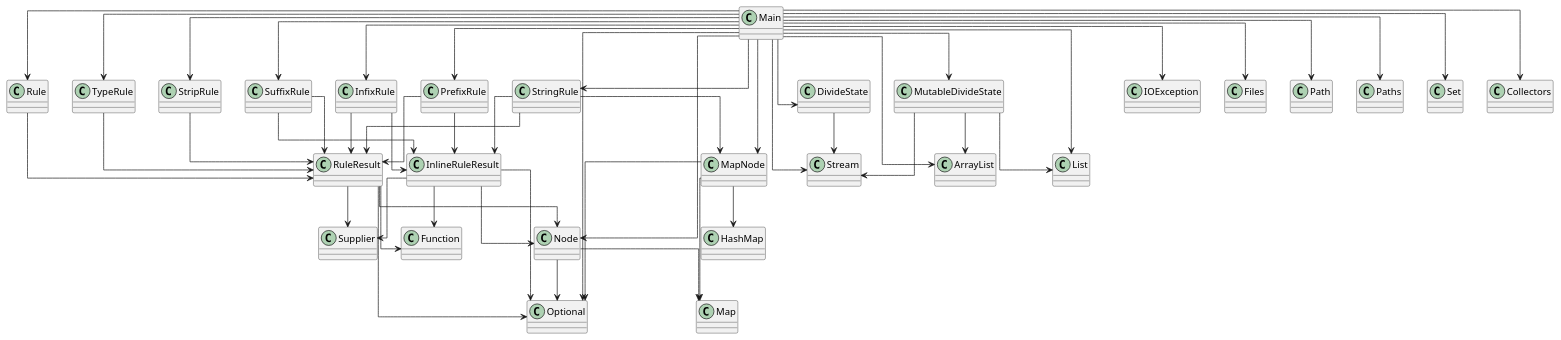
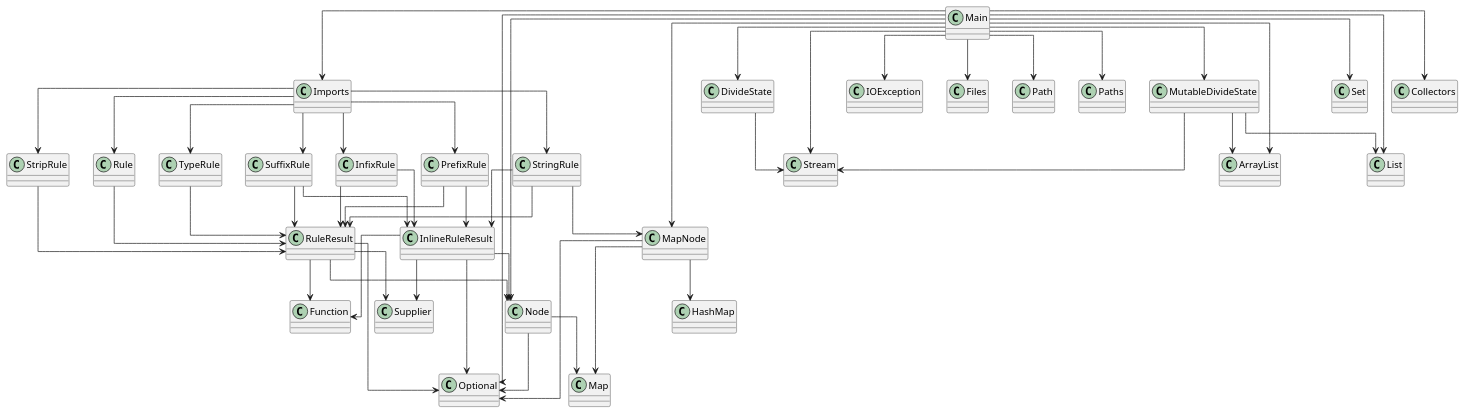
The diagram in diagram.puml (Magma-Foundation/Magma), drawn with PlantUML before and after one commit. The commit also changed 16 other files, not shown here.

```diff
--- a/diagram.puml
+++ b/diagram.puml
@@ -1,67 +1,69 @@
 @startuml
 skinparam linetype ortho
 class SuffixRule
 SuffixRule --> InlineRuleResult
 SuffixRule --> RuleResult
 class InfixRule
 InfixRule --> InlineRuleResult
 InfixRule --> RuleResult
+class Node
+Node --> Map
+Node --> Optional
 class Main
 Main --> DivideState
+Main --> Imports
 Main --> MutableDivideState
 Main --> MapNode
 Main --> Node
-Main --> InfixRule
-Main --> PrefixRule
-Main --> Rule
-Main --> StringRule
-Main --> StripRule
-Main --> SuffixRule
-Main --> TypeRule
 Main --> IOException
 Main --> Files
 Main --> Path
 Main --> Paths
 Main --> ArrayList
 Main --> List
 Main --> Optional
 Main --> Set
 Main --> Collectors
 Main --> Stream
+class DivideState
+DivideState --> Stream
+class Rule
+Rule --> RuleResult
 class TypeRule
 TypeRule --> RuleResult
-class Rule
-Rule --> RuleResult
-class Node
-Node --> Map
-Node --> Optional
-class MapNode
-MapNode --> HashMap
-MapNode --> Map
-MapNode --> Optional
+class RuleResult
+RuleResult --> Node
+RuleResult --> Optional
+RuleResult --> Function
+RuleResult --> Supplier
 class MutableDivideState
 MutableDivideState --> ArrayList
 MutableDivideState --> List
 MutableDivideState --> Stream
 class PrefixRule
 PrefixRule --> InlineRuleResult
 PrefixRule --> RuleResult
-class RuleResult
-RuleResult --> Node
-RuleResult --> Optional
-RuleResult --> Function
-RuleResult --> Supplier
-class InlineRuleResult
-InlineRuleResult --> Node
-InlineRuleResult --> Optional
-InlineRuleResult --> Function
-InlineRuleResult --> Supplier
 class StringRule
 StringRule --> MapNode
 StringRule --> InlineRuleResult
 StringRule --> RuleResult
 class StripRule
 StripRule --> RuleResult
-class DivideState
-DivideState --> Stream
+class InlineRuleResult
+InlineRuleResult --> Node
+InlineRuleResult --> Optional
+InlineRuleResult --> Function
+InlineRuleResult --> Supplier
+class MapNode
+MapNode --> HashMap
+MapNode --> Map
+MapNode --> Optional
+class Imports
+Imports --> InfixRule
+Imports --> PrefixRule
+Imports --> Rule
+Imports --> StringRule
+Imports --> StripRule
+Imports --> SuffixRule
+Imports --> TypeRule
 @enduml
```
